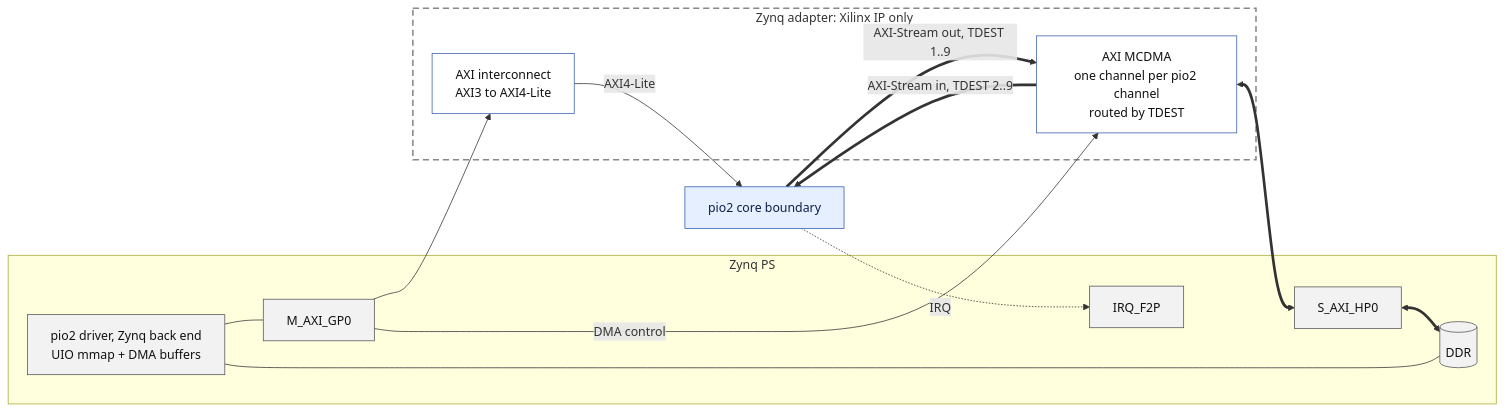
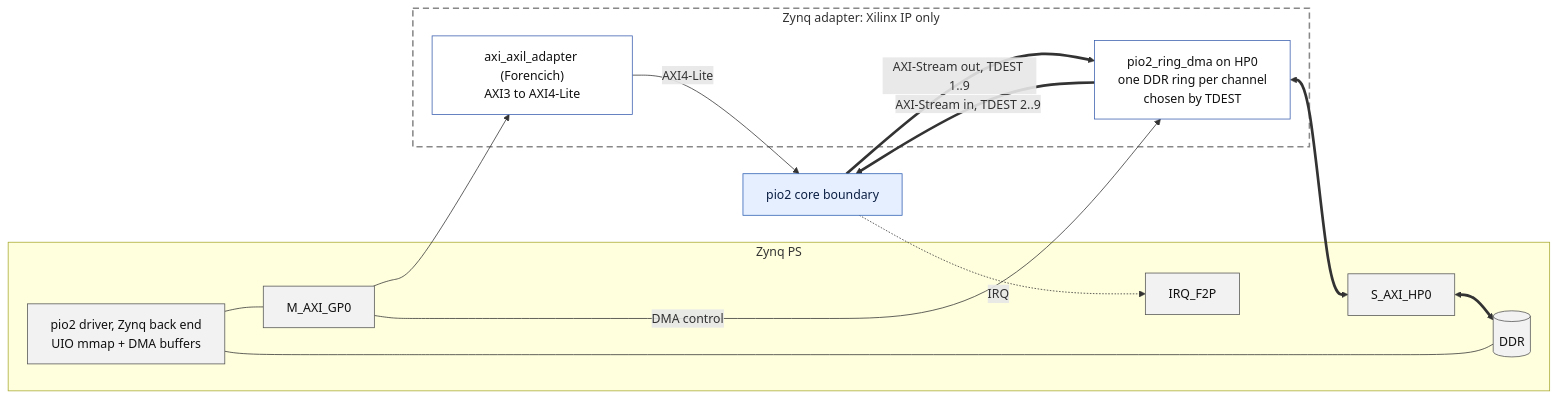
The third of 6 diagrams in docs/overview.md (tcmichals/pio2), drawn with Mermaid before and after one commit. The commit also changed other lines of this file and 3 other files, not shown here.

First line of the commit message:
docs(zynq): own ring DMA on HP0 instead of the Xilinx AXI MCDMA [SPEC-ICN-11]

````diff
--- a/docs/overview.md
+++ b/docs/overview.md
@@ -138,33 +138,33 @@
 ```mermaid
 flowchart LR
     classDef host fill:#f2f2f2,stroke:#555,color:#111
     classDef xil fill:#ffffff,stroke:#3b5fae,color:#111
     classDef core fill:#e6efff,stroke:#2f5fb3,color:#0b1f44
 
     subgraph PS["Zynq PS"]
         APP["pio2 driver, Zynq back end<br/>UIO mmap + DMA buffers"]:::host
         DDR[("DDR")]:::host
         GP["M_AXI_GP0"]:::host
         HP["S_AXI_HP0"]:::host
         IRQ["IRQ_F2P"]:::host
     end
 
     subgraph ZAD["Zynq adapter: Xilinx IP only"]
-        CONV["AXI interconnect<br/>AXI3 to AXI4-Lite"]:::xil
-        MC["AXI MCDMA<br/>one channel per pio2 channel<br/>routed by TDEST"]:::xil
+        CONV["axi_axil_adapter (Forencich)<br/>AXI3 to AXI4-Lite"]:::xil
+        MC["pio2_ring_dma on HP0<br/>one DDR ring per channel<br/>chosen by TDEST"]:::xil
     end
 
     CORE["pio2 core boundary"]:::core
 
     APP --- GP
     APP --- DDR
     GP --> CONV -->|"AXI4-Lite"| CORE
     GP -->|"DMA control"| MC
     HP <==> DDR
     MC <==> HP
     MC ==>|"AXI-Stream in, TDEST 2..9"| CORE
     CORE ==>|"AXI-Stream out, TDEST 1..9"| MC
     CORE -.->|"IRQ"| IRQ
 
     style ZAD fill:none,stroke:#888,stroke-width:2px,stroke-dasharray:8 5
 ```
````
